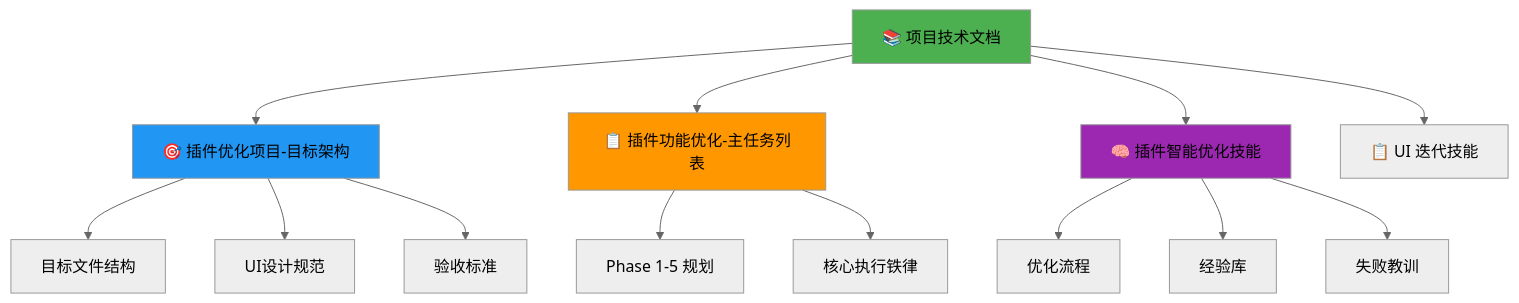
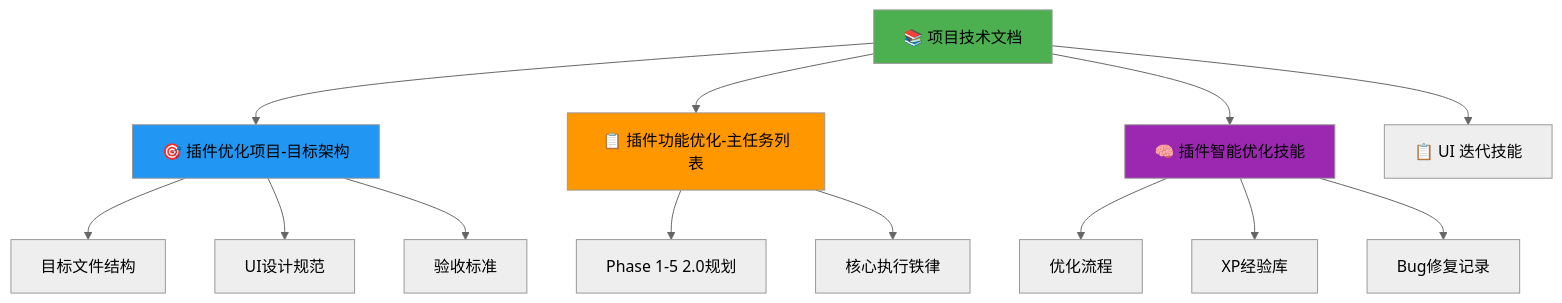
Before and after one commit to lichunboa/Ob-Al-brooks-PA: the diagram in 🦁 交易员控制台 (Trader Command)/📚 核心文档/📚 项目技术文档-完整架构手册.md, drawn with Mermaid (neutral theme). The commit also changed other lines of this file and 214 other files, not shown here.

````diff
--- a/🦁 交易员控制台 (Trader Command)/📚 核心文档/📚 项目技术文档-完整架构手册.md
+++ b/🦁 交易员控制台 (Trader Command)/📚 核心文档/📚 项目技术文档-完整架构手册.md
@@ -15,23 +15,23 @@
 ```mermaid
 graph TD
     A[📚 项目技术文档] --> B[🎯 插件优化项目-目标架构]
     A --> C[📋 插件功能优化-主任务列表]
     A --> D[🧠 插件智能优化技能]
     A --> E[📋 UI 迭代技能]
     
     B --> F[目标文件结构]
     B --> G[UI设计规范]
     B --> H[验收标准]
     
-    C --> I[Phase 1-5 规划]
+    C --> I[Phase 1-5 2.0规划]
     C --> J[核心执行铁律]
     
     D --> K[优化流程]
-    D --> L[经验库]
-    D --> M[失败教训]
+    D --> L[XP经验库]
+    D --> M[Bug修复记录]
     
     style A fill:#4CAF50
     style B fill:#2196F3
     style C fill:#FF9800
     style D fill:#9C27B0
 ```
````
